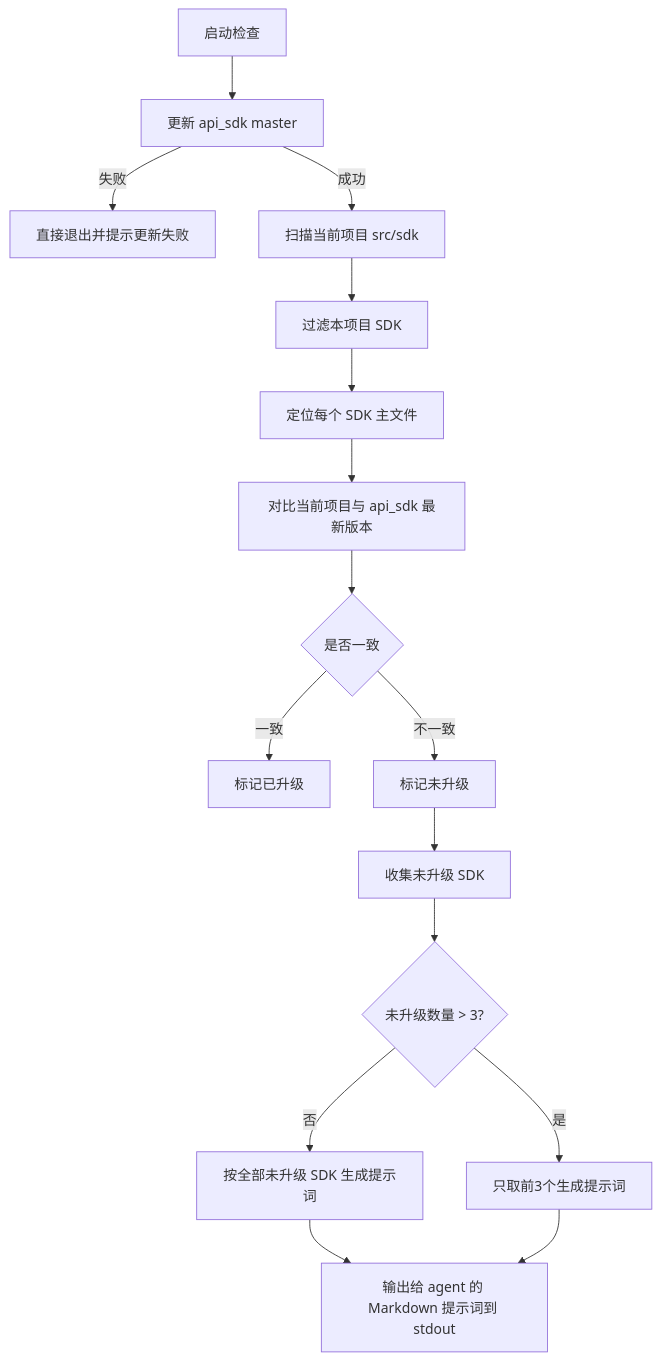
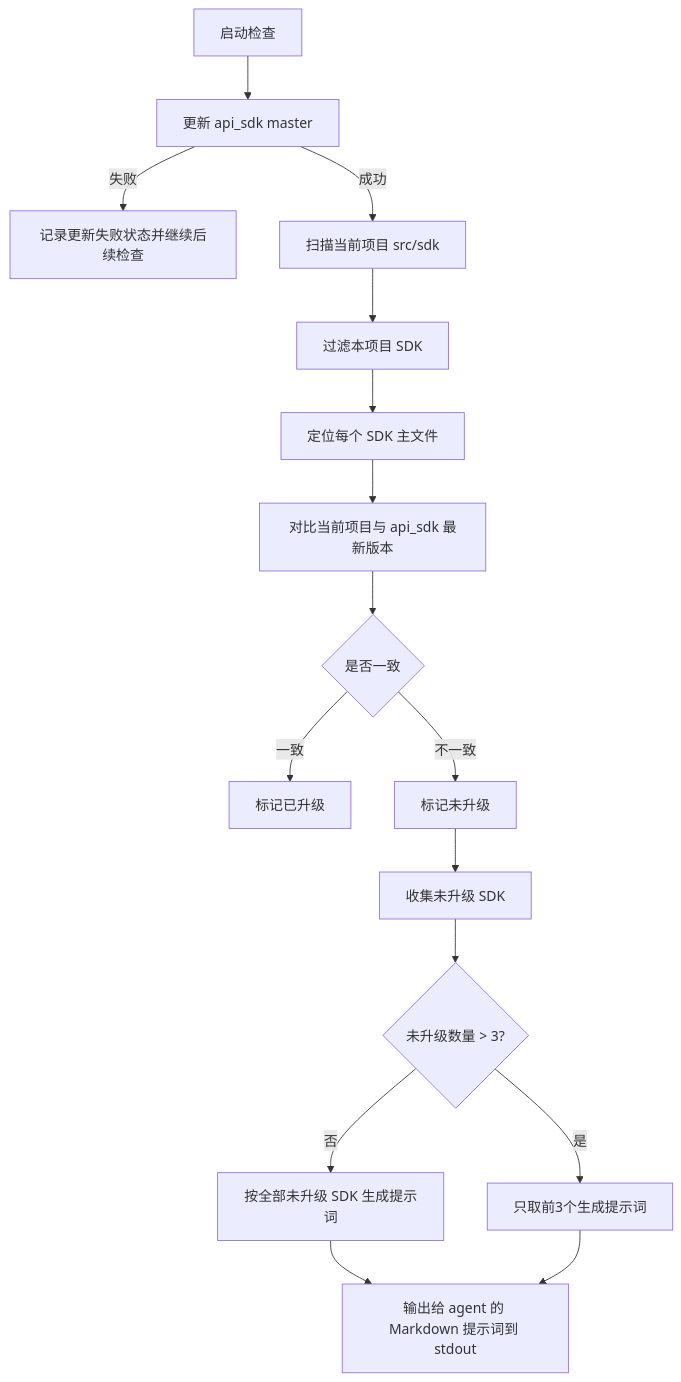
Before and after one commit to kevinanew/code_doctor: the second of 2 diagrams in 外部SDK升级检查器.prd.md, drawn with Mermaid. The commit also changed other lines of this file and 2 other files, not shown here.

````diff
--- a/外部SDK升级检查器.prd.md
+++ b/外部SDK升级检查器.prd.md
@@ -124,18 +126,18 @@
 ```mermaid
 flowchart TD
     A[启动检查] --> B[更新 api_sdk master]
-    B -->|失败| Z[直接退出并提示更新失败]
+    B -->|失败| Z[记录更新失败状态并继续后续检查]
     B -->|成功| C[扫描当前项目 src/sdk]
     C --> D[过滤本项目 SDK]
     D --> E[定位每个 SDK 主文件]
     E --> F[对比当前项目与 api_sdk 最新版本]
     F --> G{是否一致}
     G -->|一致| H[标记已升级]
     G -->|不一致| I[标记未升级]
     I --> K[收集未升级 SDK]
     K --> L{未升级数量 > 3?}
     L -->|否| M[按全部未升级 SDK 生成提示词]
     L -->|是| N[只取前3个生成提示词]
     M --> O[输出给 agent 的 Markdown 提示词到 stdout]
     N --> O
 ```
````
